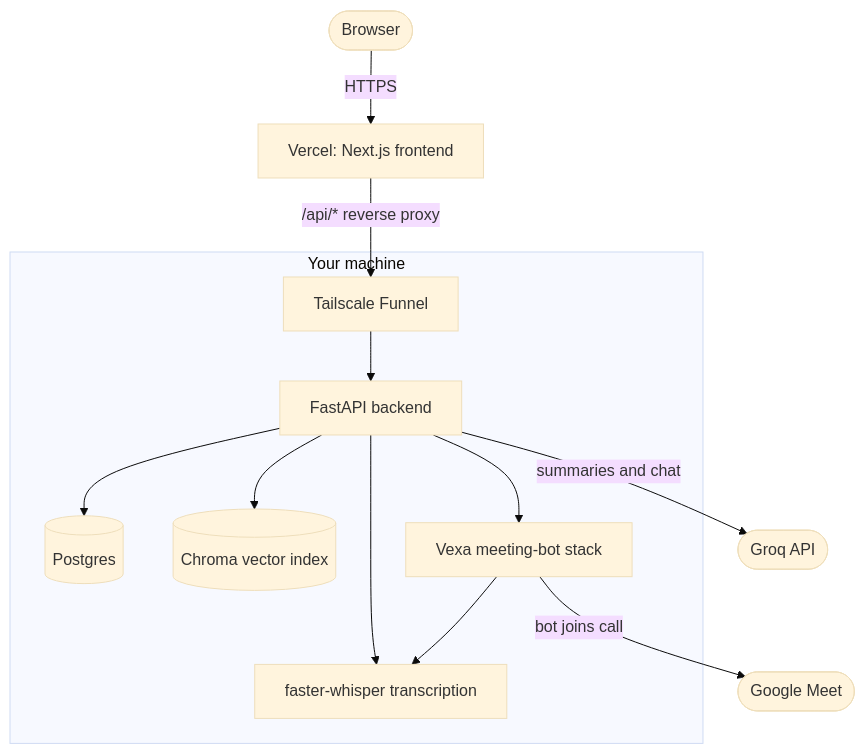
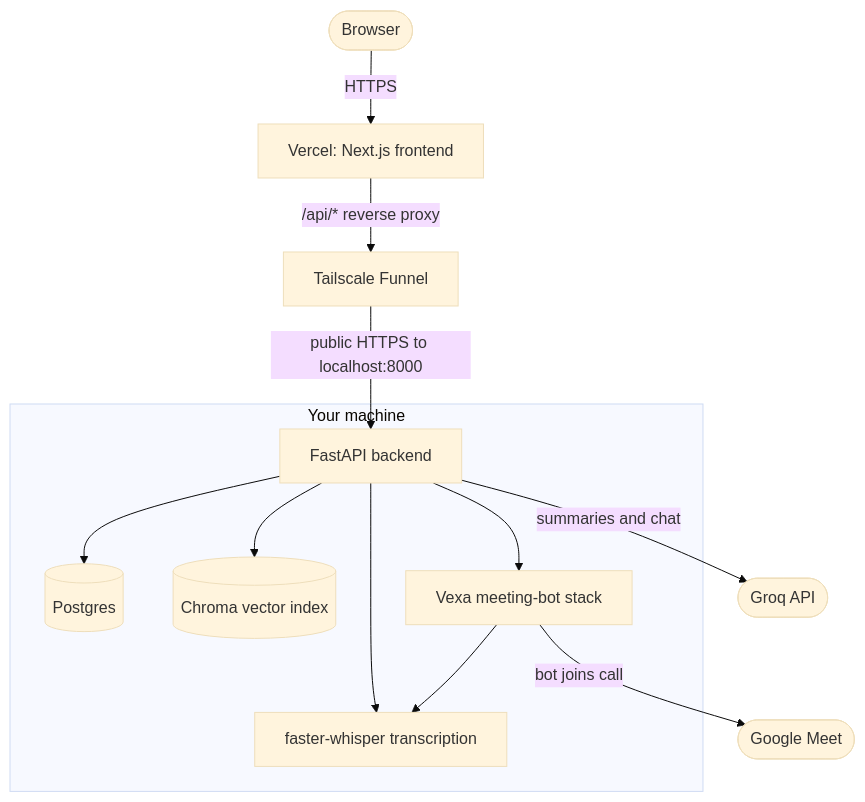
One commit to Nishtha027/fireflies-meeting-bot changed the first of 2 diagrams in README.md. Above: the diagram before and after it, drawn with Mermaid (base theme).

Commit message:
docs(readme): draw Tailscale Funnel outside the host-machine box
Funnel is the public entry point, not a component of the backend host;
Mermaid had pulled it into the subgraph because it was first referenced there.

````diff
--- a/README.md
+++ b/README.md
@@ -44,17 +44,17 @@
 ```mermaid
 flowchart TD
     U([Browser]) -->|HTTPS| V["Vercel: Next.js frontend"]
     V -->|"/api/* reverse proxy"| F[Tailscale Funnel]
 
     subgraph H["Your machine"]
-        F --> A["FastAPI backend"]
-        A --> P[("Postgres")]
+        A["FastAPI backend"] --> P[("Postgres")]
         A --> C[("Chroma vector index")]
         A --> X["Vexa meeting-bot stack"]
         A --> T["faster-whisper transcription"]
         X --> T
     end
 
+    F -->|"public HTTPS to localhost:8000"| A
     X -->|bot joins call| M([Google Meet])
     A -->|summaries and chat| G([Groq API])
 ```
````
